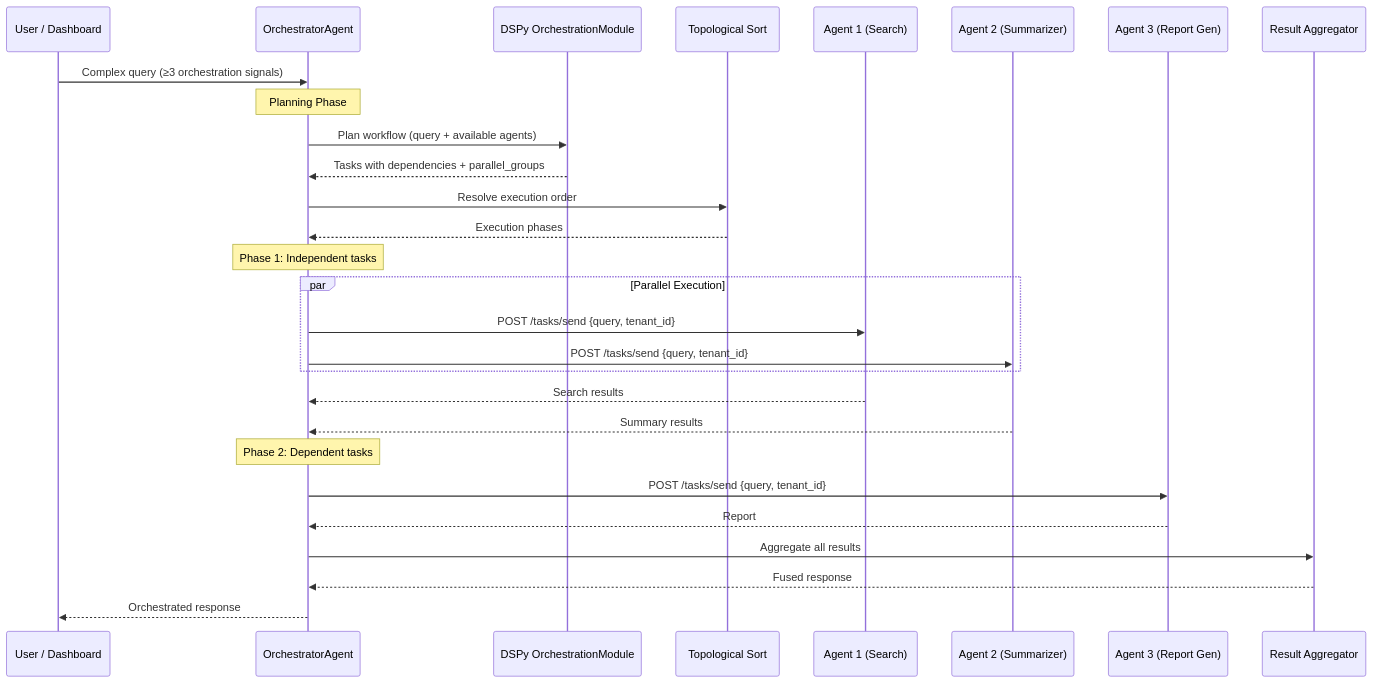
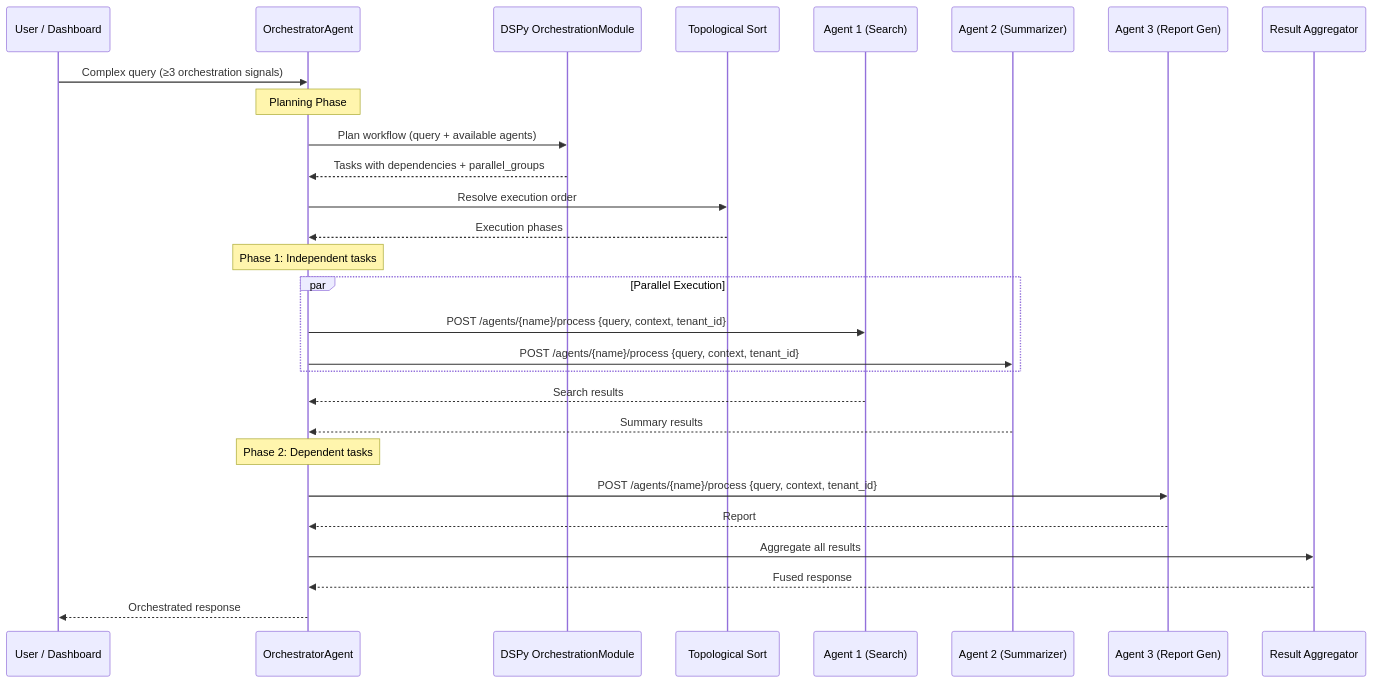
One commit to amit-jain/cogniverse changed the fourth of 5 diagrams in docs/architecture/intelligent-query-routing.md. Above: the diagram before and after it, drawn with Mermaid. The commit also changed other lines of this file and 11 other files, not shown here.

````diff
--- a/docs/architecture/intelligent-query-routing.md
+++ b/docs/architecture/intelligent-query-routing.md
@@ -264,36 +264,36 @@
 ```mermaid
 sequenceDiagram
     participant U as User / Dashboard
     participant O as OrchestratorAgent
     participant WP as DSPy OrchestrationModule
     participant TS as Topological Sort
     participant A1 as Agent 1 (Search)
     participant A2 as Agent 2 (Summarizer)
     participant A3 as Agent 3 (Report Gen)
     participant AGG as Result Aggregator
 
     U->>O: Complex query (≥3 orchestration signals)
 
     Note over O: Planning Phase
     O->>WP: Plan workflow (query + available agents)
     WP-->>O: Tasks with dependencies + parallel_groups
 
     O->>TS: Resolve execution order
     TS-->>O: Execution phases
 
     Note over O: Phase 1: Independent tasks
     par Parallel Execution
-        O->>A1: POST /tasks/send {query, tenant_id}
-        O->>A2: POST /tasks/send {query, tenant_id}
+        O->>A1: POST /agents/{name}/process {query, context, tenant_id}
+        O->>A2: POST /agents/{name}/process {query, context, tenant_id}
     end
     A1-->>O: Search results
     A2-->>O: Summary results
 
     Note over O: Phase 2: Dependent tasks
-    O->>A3: POST /tasks/send {query, tenant_id}
+    O->>A3: POST /agents/{name}/process {query, context, tenant_id}
     A3-->>O: Report
 
     O->>AGG: Aggregate all results
     AGG-->>O: Fused response
     O-->>U: Orchestrated response
 ```
````
